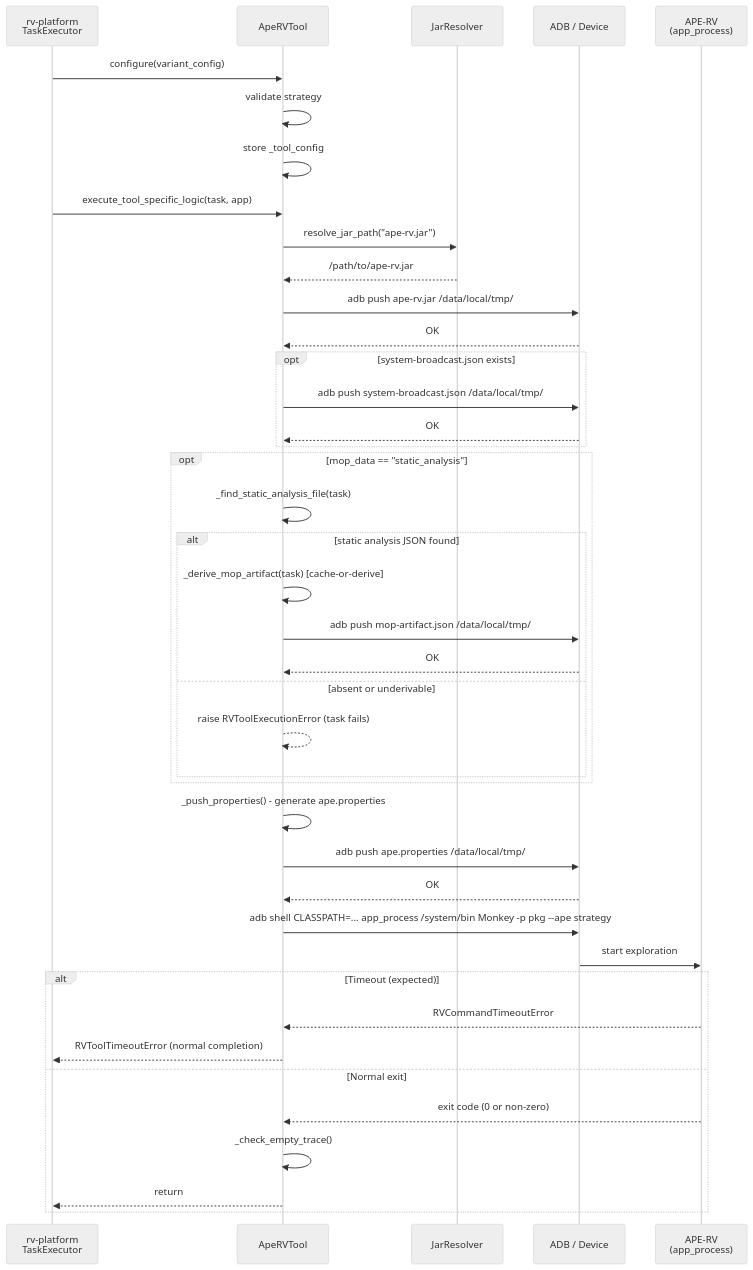
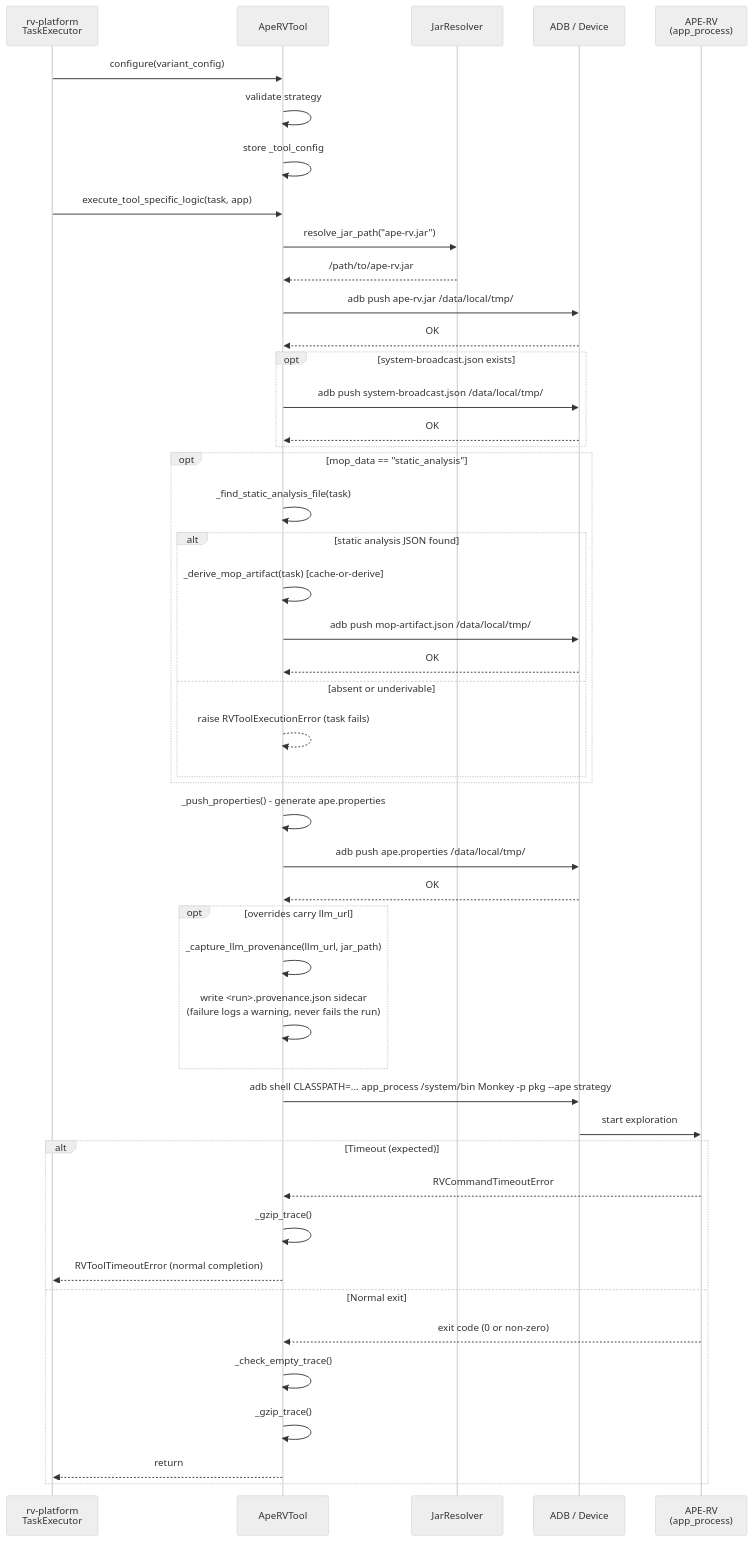
Before and after one commit to PAMunb/rvsec: the third of 5 diagrams in rv-android/modules/aperv-tool/docs/architecture.md, drawn with Mermaid. The commit also changed other lines of this file and 4 other files, not shown here.

````diff
--- a/rv-android/modules/aperv-tool/docs/architecture.md
+++ b/rv-android/modules/aperv-tool/docs/architecture.md
@@ -243,53 +262,60 @@
 ```mermaid
 %%{init: {'theme': 'neutral'}}%%
 sequenceDiagram
     participant Platform as rv-platform<br/>TaskExecutor
     participant Tool as ApeRVTool
     participant Resolver as JarResolver
     participant ADB as ADB / Device
     participant APE as APE-RV<br/>(app_process)
 
     Platform->>Tool: configure(variant_config)
     Tool->>Tool: validate strategy
     Tool->>Tool: store _tool_config
 
     Platform->>Tool: execute_tool_specific_logic(task, app)
 
     Tool->>Resolver: resolve_jar_path("ape-rv.jar")
     Resolver-->>Tool: /path/to/ape-rv.jar
 
     Tool->>ADB: adb push ape-rv.jar /data/local/tmp/
     ADB-->>Tool: OK
 
     opt system-broadcast.json exists
         Tool->>ADB: adb push system-broadcast.json /data/local/tmp/
         ADB-->>Tool: OK
     end
 
     opt mop_data == "static_analysis"
         Tool->>Tool: _find_static_analysis_file(task)
         alt static analysis JSON found
             Tool->>Tool: _derive_mop_artifact(task) [cache-or-derive]
             Tool->>ADB: adb push mop-artifact.json /data/local/tmp/
             ADB-->>Tool: OK
         else absent or underivable
             Tool-->>Tool: raise RVToolExecutionError (task fails)
         end
     end
 
     Tool->>Tool: _push_properties() - generate ape.properties
     Tool->>ADB: adb push ape.properties /data/local/tmp/
     ADB-->>Tool: OK
 
+    opt overrides carry llm_url
+        Tool->>Tool: _capture_llm_provenance(llm_url, jar_path)
+        Tool->>Tool: write <run>.provenance.json sidecar<br/>(failure logs a warning, never fails the run)
+    end
+
     Tool->>ADB: adb shell CLASSPATH=... app_process /system/bin Monkey -p pkg --ape strategy
     ADB->>APE: start exploration
 
     alt Timeout (expected)
         APE-->>Tool: RVCommandTimeoutError
+        Tool->>Tool: _gzip_trace()
         Tool-->>Platform: RVToolTimeoutError (normal completion)
     else Normal exit
         APE-->>Tool: exit code (0 or non-zero)
         Tool->>Tool: _check_empty_trace()
+        Tool->>Tool: _gzip_trace()
         Tool-->>Platform: return
     end
 ```
````
